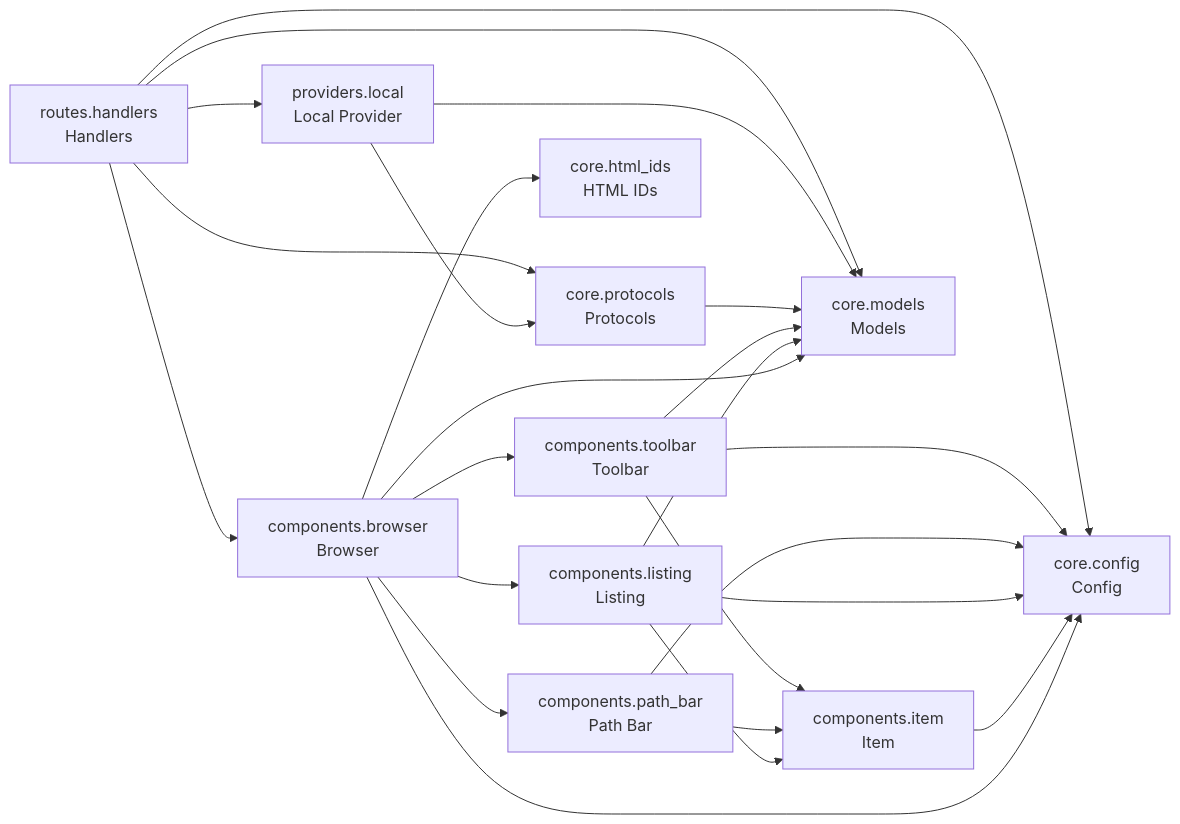
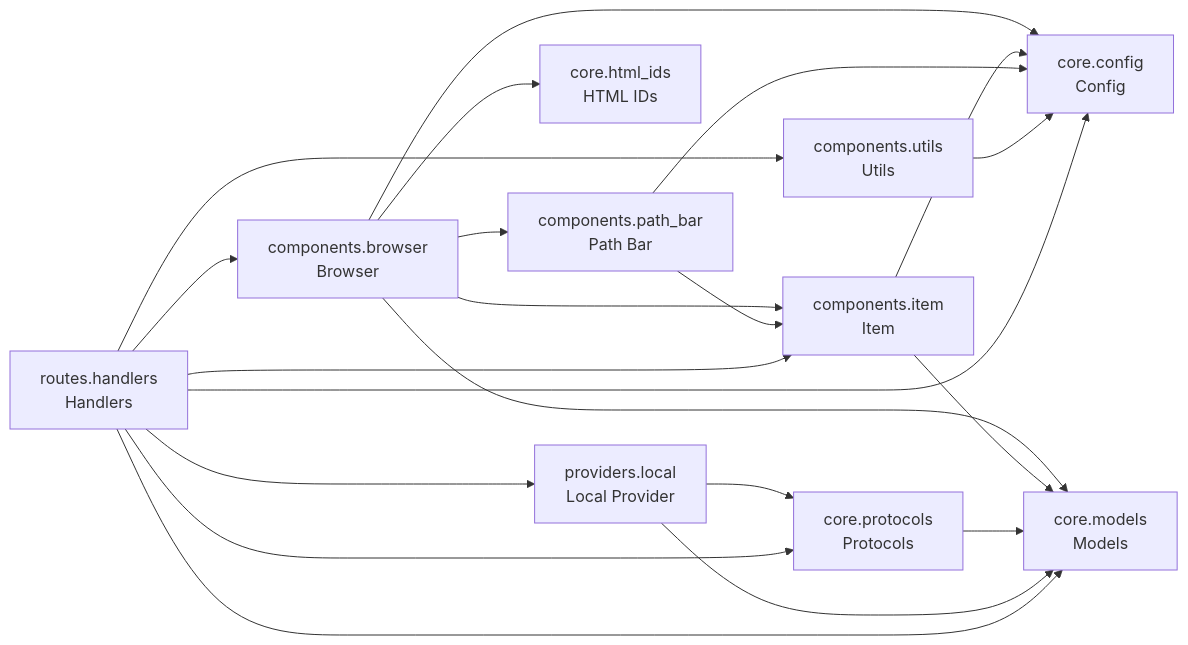
The diagram in README.md (cj-mills/cjm-fasthtml-file-browser), drawn with Mermaid before and after one commit. The commit also changed other lines of this file and 22 other files, not shown here.

````diff
--- a/README.md
+++ b/README.md
@@ -35,38 +34,34 @@
 ``` mermaid
 graph LR
     components_browser[components.browser<br/>Browser]
     components_item[components.item<br/>Item]
-    components_listing[components.listing<br/>Listing]
     components_path_bar[components.path_bar<br/>Path Bar]
-    components_toolbar[components.toolbar<br/>Toolbar]
+    components_utils[components.utils<br/>Utils]
     core_config[core.config<br/>Config]
     core_html_ids[core.html_ids<br/>HTML IDs]
     core_models[core.models<br/>Models]
     core_protocols[core.protocols<br/>Protocols]
     providers_local[providers.local<br/>Local Provider]
     routes_handlers[routes.handlers<br/>Handlers]
 
+    components_browser --> core_models
+    components_browser --> core_config
+    components_browser --> components_item
+    components_browser --> components_path_bar
     components_browser --> core_html_ids
-    components_browser --> core_models
-    components_browser --> components_toolbar
-    components_browser --> core_config
-    components_browser --> components_path_bar
-    components_browser --> components_listing
     components_item --> core_config
-    components_listing --> core_models
-    components_listing --> components_item
-    components_listing --> core_config
+    components_item --> core_models
+    components_path_bar --> core_config
     components_path_bar --> components_item
-    components_path_bar --> core_config
-    components_toolbar --> core_models
-    components_toolbar --> components_item
-    components_toolbar --> core_config
+    components_utils --> core_config
     core_protocols --> core_models
     providers_local --> core_models
     providers_local --> core_protocols
-    routes_handlers --> providers_local
     routes_handlers --> core_config
     routes_handlers --> components_browser
+    routes_handlers --> components_utils
+    routes_handlers --> providers_local
     routes_handlers --> core_protocols
     routes_handlers --> core_models
+    routes_handlers --> components_item
 ```
````
